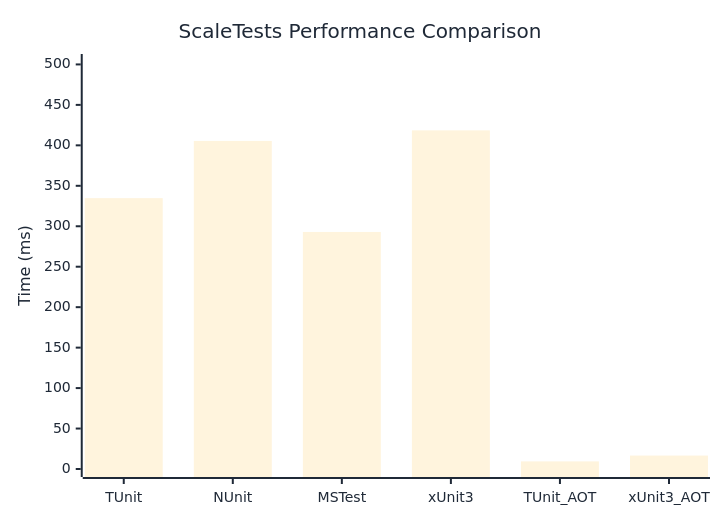
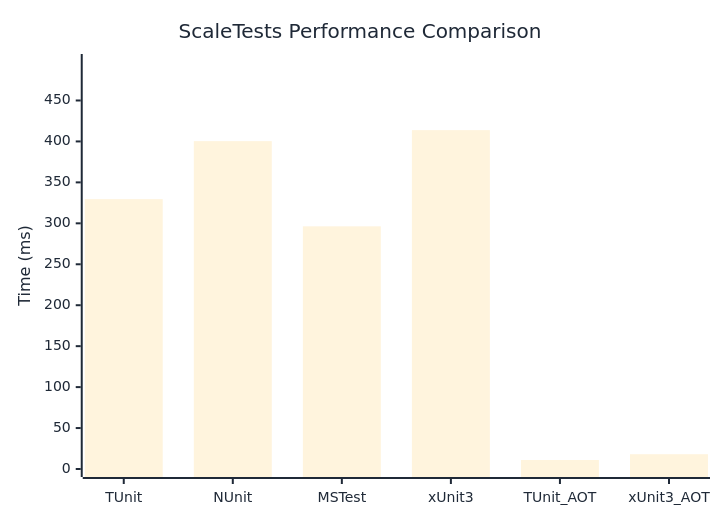
One commit to thomhurst/TUnit changed the diagram in docs/docs/benchmarks/engine/ScaleTests.md. Above: the diagram before and after it, drawn with Mermaid. The commit also changed other lines of this file and 17 other files, not shown here.

````diff
--- a/docs/docs/benchmarks/engine/ScaleTests.md
+++ b/docs/docs/benchmarks/engine/ScaleTests.md
@@ -30,37 +30,37 @@
 ```mermaid
 %%{init: {
   'theme':'base',
   'themeVariables': {
     'primaryColor': '#2563eb',
     'primaryTextColor': '#1f2937',
     'primaryBorderColor': '#1e40af',
     'lineColor': '#6b7280',
     'secondaryColor': '#7c3aed',
     'tertiaryColor': '#dc2626',
     'background': '#ffffff',
     'mainBkg': '#2563eb',
     'secondBkg': '#7c3aed',
     'tertiaryBkg': '#dc2626',
     'clusterBkg': '#f3f4f6',
     'edgeLabelBackground': '#ffffff',
     'tertiaryTextColor': '#1f2937',
     'pie1': '#2563eb',
     'pie2': '#7c3aed',
     'pie3': '#dc2626',
     'pie4': '#f59e0b',
     'pie5': '#10b981',
     'pie6': '#06b6d4',
     'pie7': '#ec4899',
     'pie8': '#6366f1',
     'pie9': '#84cc16',
     'pie10': '#f97316',
     'pie11': '#14b8a6',
     'pie12': '#a855f7'
   }
 }}%%
 xychart-beta
   title "ScaleTests Performance Comparison"
   x-axis ["TUnit", "NUnit", "MSTest", "xUnit3", "TUnit_AOT", "xUnit3_AOT"]
-  y-axis "Time (ms)" 0 --> 503
-  bar [334.749, 405.436, 292.948, 418.516, 9.42, 16.612]
+  y-axis "Time (ms)" 0 --> 497
+  bar [329.54, 400.36, 296.34, 413.81, 10.97, 18.06]
 ```
````
